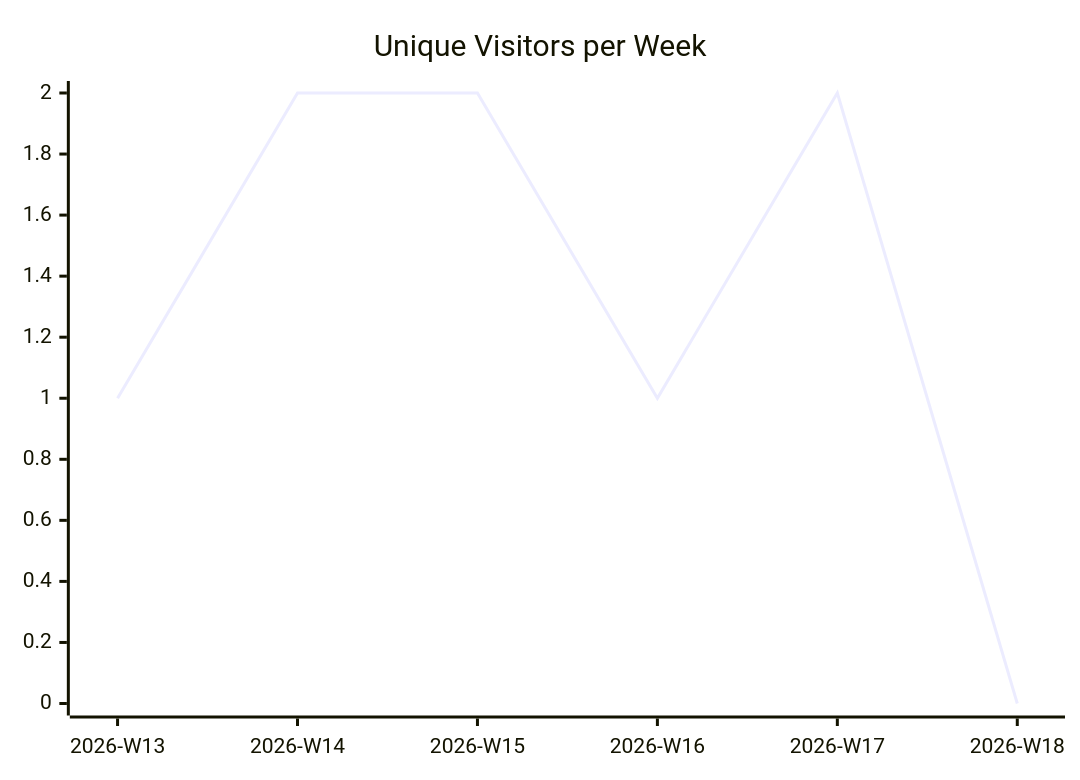
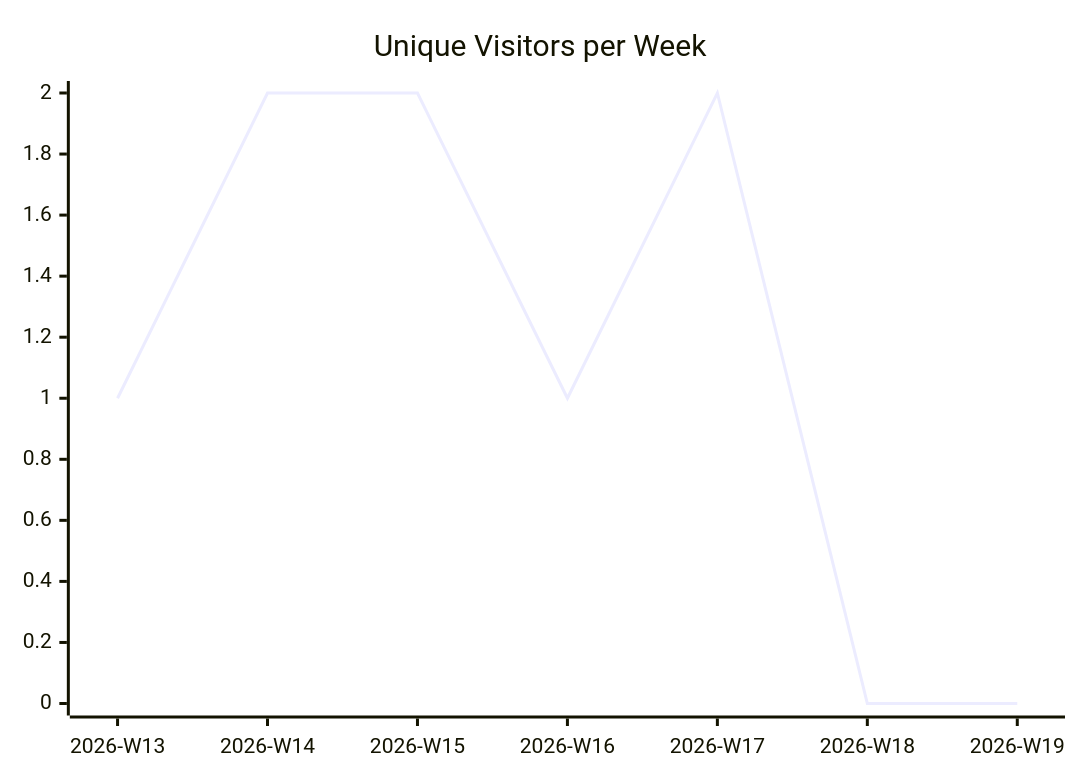
The first of 3 diagrams in karlmdavis/fhir-benchmarks/README.md (justdavis-family/github-analytics-data), drawn with Mermaid before and after one commit. The commit also changed other lines of this file and 187 other files, not shown here.

````diff
--- a/karlmdavis/fhir-benchmarks/README.md
+++ b/karlmdavis/fhir-benchmarks/README.md
@@ -5,6 +5,6 @@
 ```mermaid
 xychart-beta
   title "Unique Visitors per Week"
-  x-axis ["2026-W13", "2026-W14", "2026-W15", "2026-W16", "2026-W17", "2026-W18"]
-  line [1, 2, 2, 1, 2, 0]
+  x-axis ["2026-W13", "2026-W14", "2026-W15", "2026-W16", "2026-W17", "2026-W18", "2026-W19"]
+  line [1, 2, 2, 1, 2, 0, 0]
 ```
````
